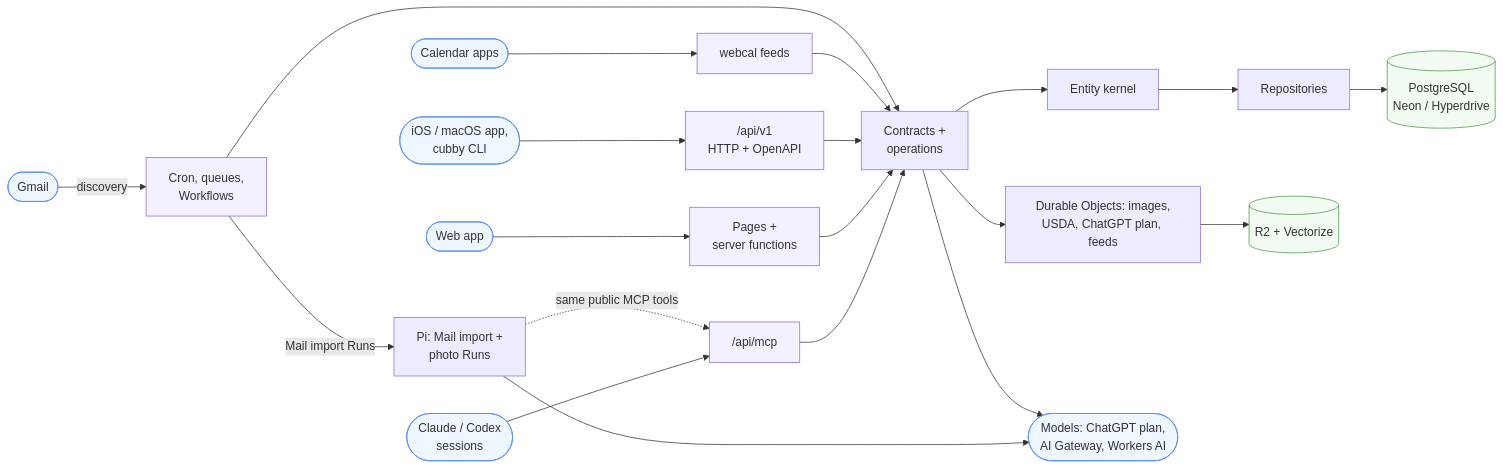
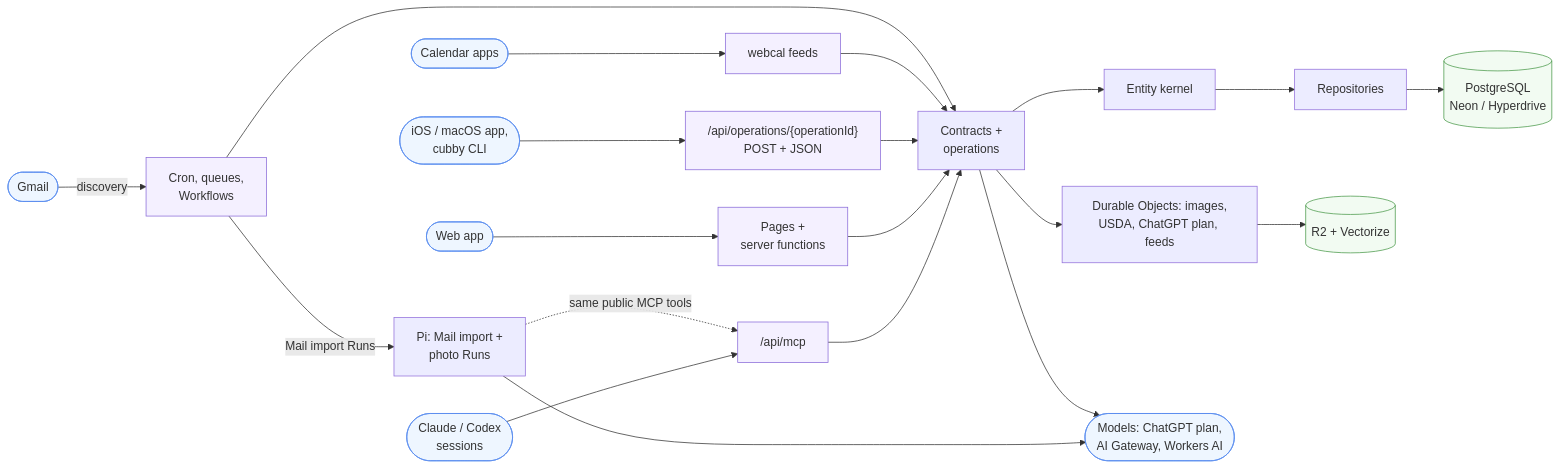
The second of 3 diagrams in README.md (nickysemenza/cubby), drawn with Mermaid before and after one commit. The commit also changed other lines of this file and 162 other files, not shown here.

````diff
--- a/README.md
+++ b/README.md
@@ -269,23 +269,23 @@
 ```mermaid
 flowchart LR
   Agents(["Claude / Codex<br/>sessions"]) --> MCP["/api/mcp"]
   Web(["Web app"]) --> SSR["Pages +<br/>server functions"]
-  Apple(["iOS / macOS app,<br/>cubby CLI"]) --> HTTP["/api/v1<br/>HTTP + OpenAPI"]
+  Apple(["iOS / macOS app,<br/>cubby CLI"]) --> HTTP["/api/operations/{operationId}<br/>POST + JSON"]
   Cal(["Calendar apps"]) --> Feeds["webcal feeds"]
   Gmail(["Gmail"]) -- "discovery" --> BG["Cron, queues,<br/>Workflows"]
 
   MCP & SSR & HTTP & Feeds & BG --> Ops["Contracts +<br/>operations"]
   BG -- "Mail import Runs" --> Pi["Pi: Mail import +<br/>photo Runs"]
   Pi -. "same public MCP tools" .-> MCP
 
   Ops --> Kernel["Entity kernel"] --> Repo["Repositories"] --> PG[("PostgreSQL<br/>Neon / Hyperdrive")]
   Ops --> DOs["Durable Objects: images,<br/>USDA, ChatGPT plan, feeds"] --> R2[("R2 + Vectorize")]
   Pi & Ops --> Models(["Models: ChatGPT plan,<br/>AI Gateway, Workers AI"])
 
   classDef client fill:#eef6ff,stroke:#5b8def
   classDef entry fill:#f4f0ff,stroke:#8a6bd9
   classDef store fill:#f2fbf2,stroke:#4a9a4a
   class Agents,Web,Apple,Cal,Gmail,Models client
   class MCP,SSR,HTTP,Feeds,BG entry
   class PG,R2 store
 ```
````
